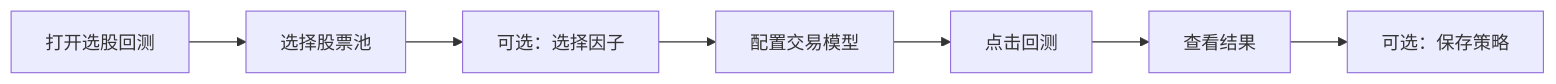
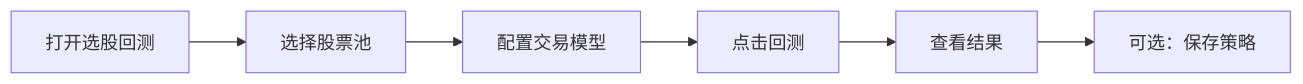
Before and after one commit to Saka9527/gaoneng-quant: the diagram in backtest/flow.mdx, drawn with Mermaid. The commit also changed other lines of this file and 8 other files, not shown here.

````diff
--- a/backtest/flow.mdx
+++ b/backtest/flow.mdx
@@ -9,11 +9,10 @@
 ```mermaid
 flowchart LR
   open[打开选股回测]
   pool[选择股票池]
-  factor[可选：选择因子]
   model[配置交易模型]
   run[点击回测]
   result[查看结果]
   save[可选：保存策略]
-  open --> pool --> factor --> model --> run --> result --> save
+  open --> pool --> model --> run --> result --> save
 ```
````
